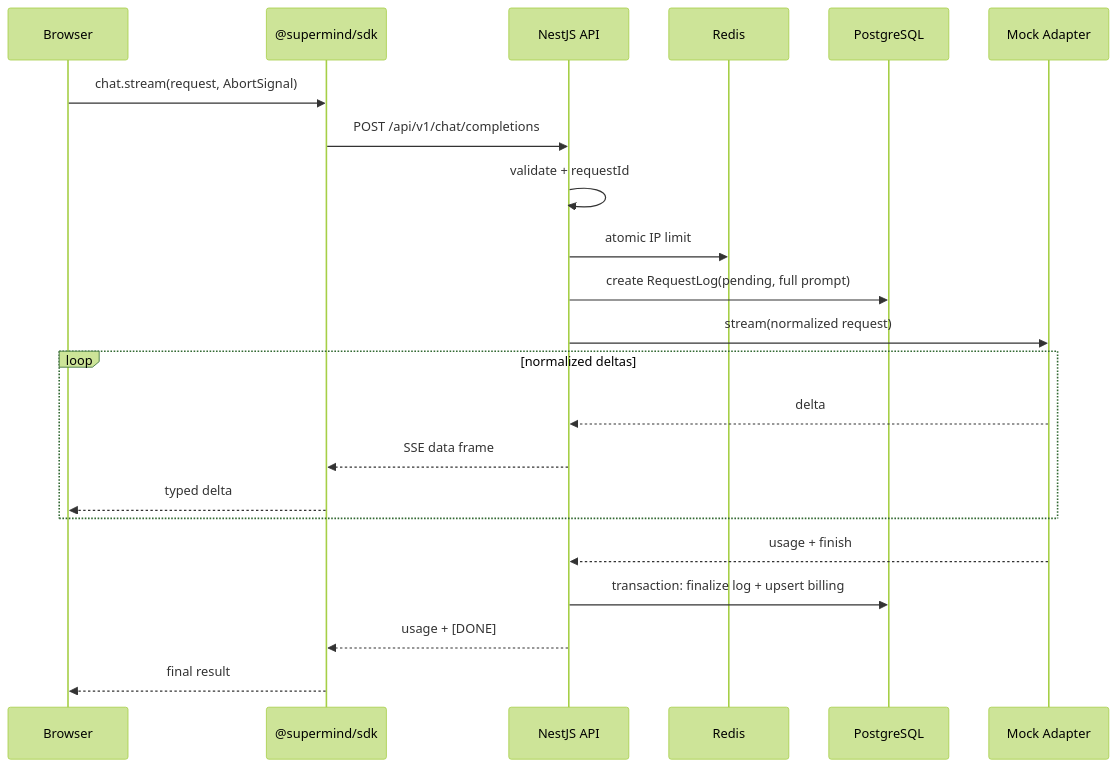
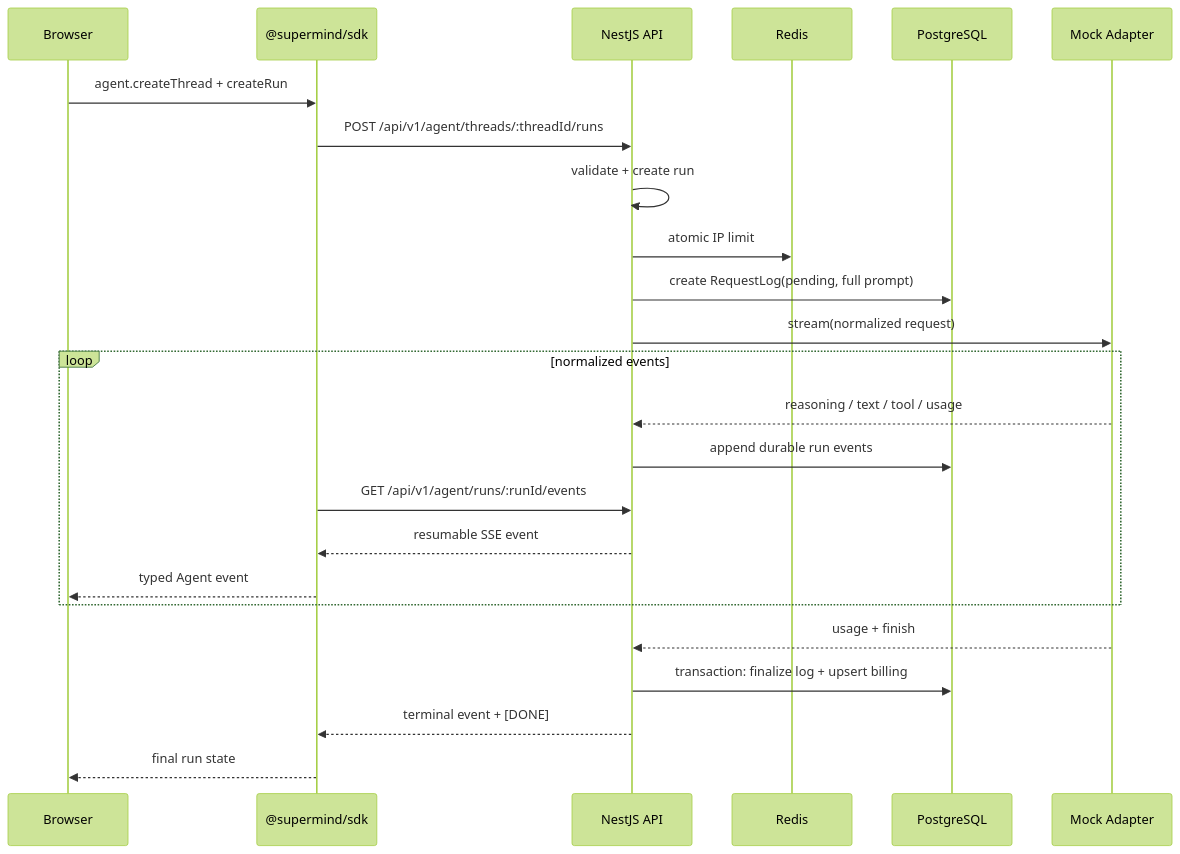
Before and after one commit to wanglsh97/super-mind-studio: the third of 3 diagrams in openspec/changes/build-aigateway-v1/design.md, drawn with Mermaid (forest theme). The commit also changed other lines of this file and 35 other files, not shown here.

Commit message:
refactor(api): remove public chat contract

````diff
--- a/openspec/changes/build-aigateway-v1/design.md
+++ b/openspec/changes/build-aigateway-v1/design.md
@@ -122,25 +122,27 @@
 ```mermaid
 sequenceDiagram
     participant B as Browser
     participant S as @supermind/sdk
     participant A as NestJS API
     participant R as Redis
     participant P as PostgreSQL
     participant M as Mock Adapter
 
-    B->>S: chat.stream(request, AbortSignal)
-    S->>A: POST /api/v1/chat/completions
-    A->>A: validate + requestId
+    B->>S: agent.createThread + createRun
+    S->>A: POST /api/v1/agent/threads/:threadId/runs
+    A->>A: validate + create run
     A->>R: atomic IP limit
     A->>P: create RequestLog(pending, full prompt)
     A->>M: stream(normalized request)
-    loop normalized deltas
-        M-->>A: delta
-        A-->>S: SSE data frame
-        S-->>B: typed delta
+    loop normalized events
+        M-->>A: reasoning / text / tool / usage
+        A->>P: append durable run events
+        S->>A: GET /api/v1/agent/runs/:runId/events
+        A-->>S: resumable SSE event
+        S-->>B: typed Agent event
     end
     M-->>A: usage + finish
     A->>P: transaction: finalize log + upsert billing
-    A-->>S: usage + [DONE]
-    S-->>B: final result
+    A-->>S: terminal event + [DONE]
+    S-->>B: final run state
 ```
````
